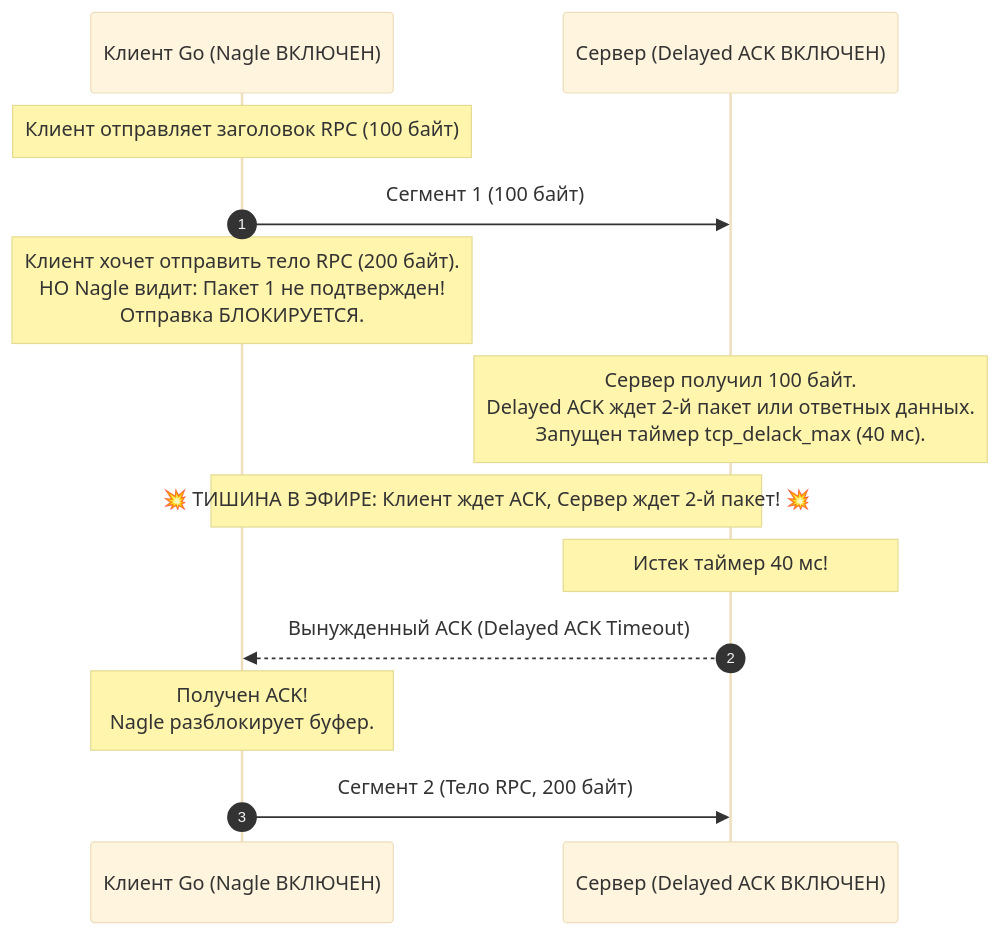
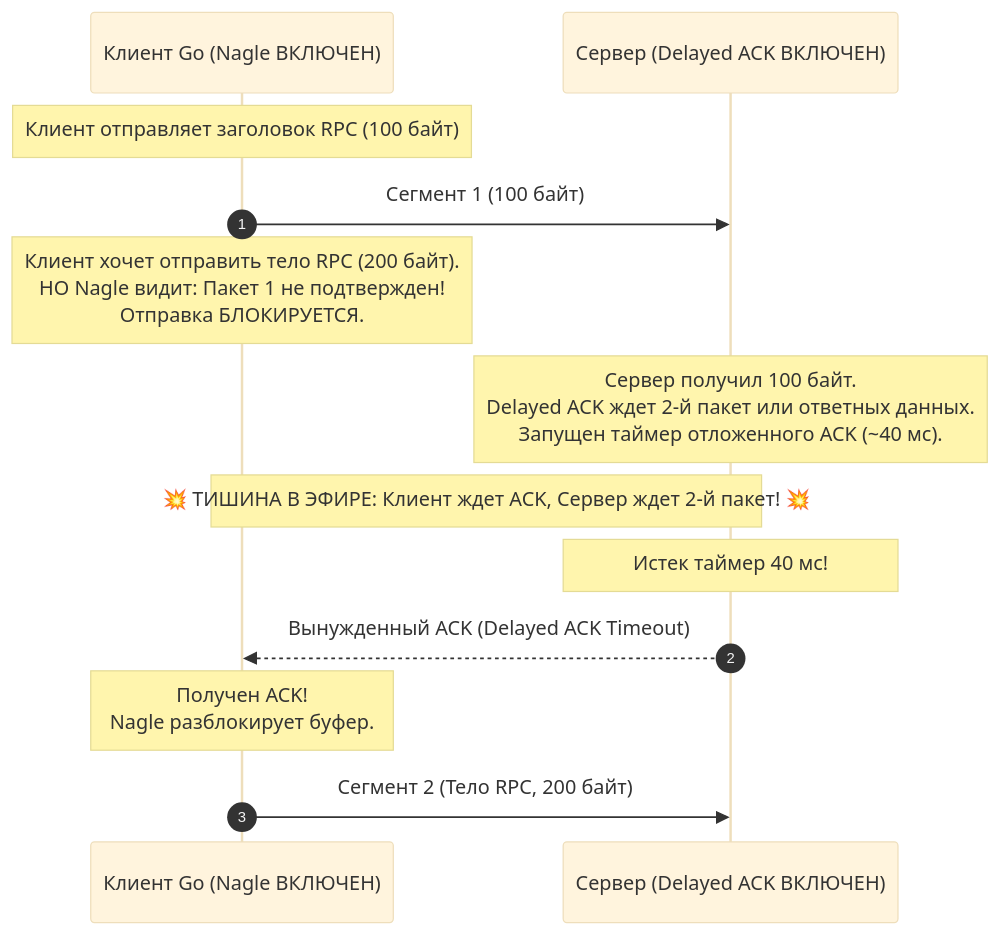
The third of 4 diagrams in sources/3. Компьютерные сети и сетевой стек/12. TCP Retransmission, Keep Alive, Nagle и Delayed ACK.md (UnrealTemplier/go-textbook-ru), drawn with Mermaid (base theme) before and after one commit. The commit also changed other lines of this file and 43 other files, not shown here.

````diff
--- a/sources/3. Компьютерные сети и сетевой стек/12. TCP Retransmission, Keep Alive, Nagle и Delayed ACK.md
+++ b/sources/3. Компьютерные сети и сетевой стек/12. TCP Retransmission, Keep Alive, Nagle и Delayed ACK.md
@@ -190,20 +191,20 @@
 ```mermaid
 sequenceDiagram
     autonumber
     participant Client as Клиент Go (Nagle ВКЛЮЧЕН)
     participant Server as Сервер (Delayed ACK ВКЛЮЧЕН)
 
     Note over Client: Клиент отправляет заголовок RPC (100 байт)
     Client->>Server: Сегмент 1 (100 байт)
     Note over Client: Клиент хочет отправить тело RPC (200 байт).<br/>НО Nagle видит: Пакет 1 не подтвержден!<br/>Отправка БЛОКИРУЕТСЯ.
     
-    Note over Server: Сервер получил 100 байт.<br/>Delayed ACK ждет 2-й пакет или ответных данных.<br/>Запущен таймер tcp_delack_max (40 мс).
+    Note over Server: Сервер получил 100 байт.<br/>Delayed ACK ждет 2-й пакет или ответных данных.<br/>Запущен таймер отложенного ACK (~40 мс).
     
     Note over Client,Server: 💥 ТИШИНА В ЭФИРЕ: Клиент ждет ACK, Сервер ждет 2-й пакет! 💥
     
     Note over Server: Истек таймер 40 мс!
     Server-->>Client: Вынужденный ACK (Delayed ACK Timeout)
     
     Note over Client: Получен ACK!<br/>Nagle разблокирует буфер.
     Client->>Server: Сегмент 2 (Тело RPC, 200 байт)
 ```
````
